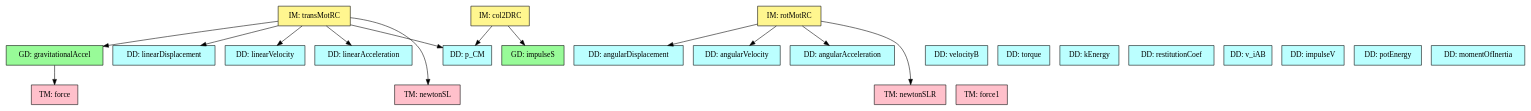
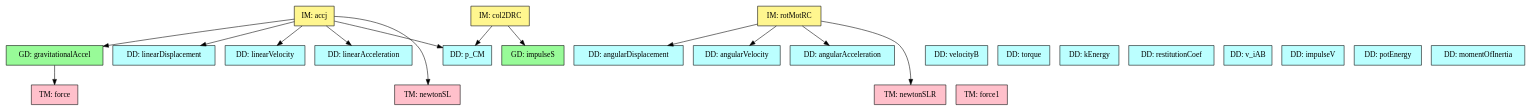
One commit to JacquesCarette/Drasil changed the diagram in code/stable/gamephysics/TraceyGraph/refvsref.dot. Above: the diagram before and after it, drawn with Graphviz. The commit also changed 4 other files, not shown here.

```diff
--- a/code/stable/gamephysics/TraceyGraph/refvsref.dot
+++ b/code/stable/gamephysics/TraceyGraph/refvsref.dot
@@ -1,65 +1,65 @@
 digraph refvsref {
 	gravitationalAccel -> force;
-	transMotRC -> p_CM;
-	transMotRC -> linearDisplacement;
-	transMotRC -> linearVelocity;
-	transMotRC -> linearAcceleration;
-	transMotRC -> newtonSL;
-	transMotRC -> gravitationalAccel;
+	accj -> p_CM;
+	accj -> linearDisplacement;
+	accj -> linearVelocity;
+	accj -> linearAcceleration;
+	accj -> newtonSL;
+	accj -> gravitationalAccel;
 	rotMotRC -> angularDisplacement;
 	rotMotRC -> angularVelocity;
 	rotMotRC -> angularAcceleration;
 	rotMotRC -> newtonSLR;
 	col2DRC -> p_CM;
 	col2DRC -> impulseS;
 
 
 	p_CM	[shape=box, color=black, style=filled, fillcolor=paleturquoise1, label="DD: p_CM"];
 	linearDisplacement	[shape=box, color=black, style=filled, fillcolor=paleturquoise1, label="DD: linearDisplacement"];
 	linearVelocity	[shape=box, color=black, style=filled, fillcolor=paleturquoise1, label="DD: linearVelocity"];
 	linearAcceleration	[shape=box, color=black, style=filled, fillcolor=paleturquoise1, label="DD: linearAcceleration"];
 	angularDisplacement	[shape=box, color=black, style=filled, fillcolor=paleturquoise1, label="DD: angularDisplacement"];
 	angularVelocity	[shape=box, color=black, style=filled, fillcolor=paleturquoise1, label="DD: angularVelocity"];
 	angularAcceleration	[shape=box, color=black, style=filled, fillcolor=paleturquoise1, label="DD: angularAcceleration"];
 	velocityB	[shape=box, color=black, style=filled, fillcolor=paleturquoise1, label="DD: velocityB"];
 	torque	[shape=box, color=black, style=filled, fillcolor=paleturquoise1, label="DD: torque"];
 	kEnergy	[shape=box, color=black, style=filled, fillcolor=paleturquoise1, label="DD: kEnergy"];
 	restitutionCoef	[shape=box, color=black, style=filled, fillcolor=paleturquoise1, label="DD: restitutionCoef"];
 	v_iAB	[shape=box, color=black, style=filled, fillcolor=paleturquoise1, label="DD: v_iAB"];
 	impulseV	[shape=box, color=black, style=filled, fillcolor=paleturquoise1, label="DD: impulseV"];
 	potEnergy	[shape=box, color=black, style=filled, fillcolor=paleturquoise1, label="DD: potEnergy"];
 	momentOfInertia	[shape=box, color=black, style=filled, fillcolor=paleturquoise1, label="DD: momentOfInertia"];
 
 	subgraph DD {
 	rank="same"
 	{p_CM, linearDisplacement, linearVelocity, linearAcceleration, angularDisplacement, angularVelocity, angularAcceleration, velocityB, torque, kEnergy, restitutionCoef, v_iAB, impulseV, potEnergy, momentOfInertia}
 	}
 
 	newtonSL	[shape=box, color=black, style=filled, fillcolor=pink, label="TM: newtonSL"];
 	force1	[shape=box, color=black, style=filled, fillcolor=pink, label="TM: force1"];
 	force	[shape=box, color=black, style=filled, fillcolor=pink, label="TM: force"];
 	newtonSLR	[shape=box, color=black, style=filled, fillcolor=pink, label="TM: newtonSLR"];
 
 	subgraph TM {
 	rank="same"
 	{newtonSL, force1, force, newtonSLR}
 	}
 
 	gravitationalAccel	[shape=box, color=black, style=filled, fillcolor=palegreen, label="GD: gravitationalAccel"];
 	impulseS	[shape=box, color=black, style=filled, fillcolor=palegreen, label="GD: impulseS"];
 
 	subgraph GD {
 	rank="same"
 	{gravitationalAccel, impulseS}
 	}
 
-	transMotRC	[shape=box, color=black, style=filled, fillcolor=khaki1, label="IM: transMotRC"];
+	accj	[shape=box, color=black, style=filled, fillcolor=khaki1, label="IM: accj"];
 	rotMotRC	[shape=box, color=black, style=filled, fillcolor=khaki1, label="IM: rotMotRC"];
 	col2DRC	[shape=box, color=black, style=filled, fillcolor=khaki1, label="IM: col2DRC"];
 
 	subgraph IM {
 	rank="same"
-	{transMotRC, rotMotRC, col2DRC}
+	{accj, rotMotRC, col2DRC}
 	}
 
 }
```
